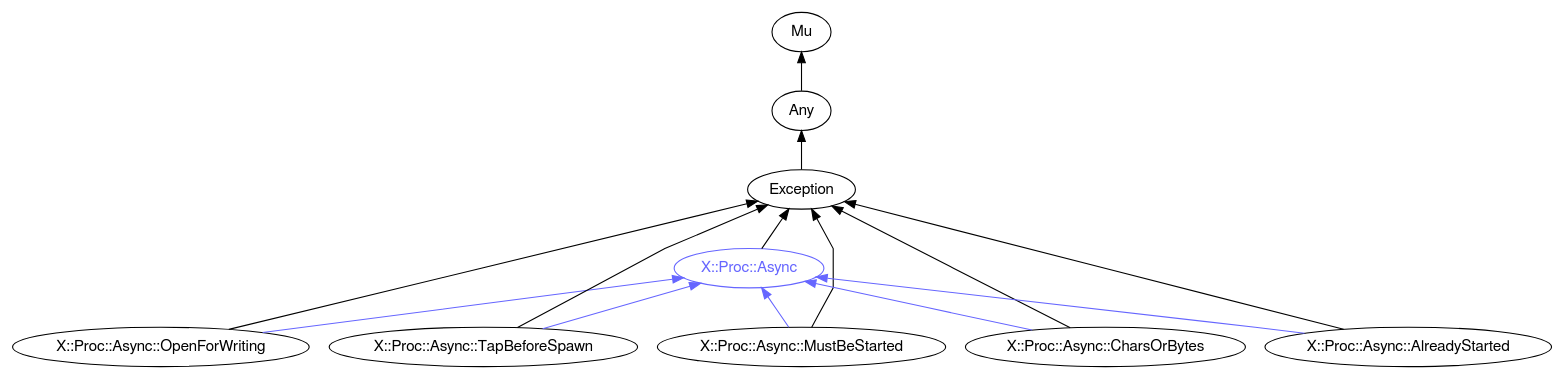
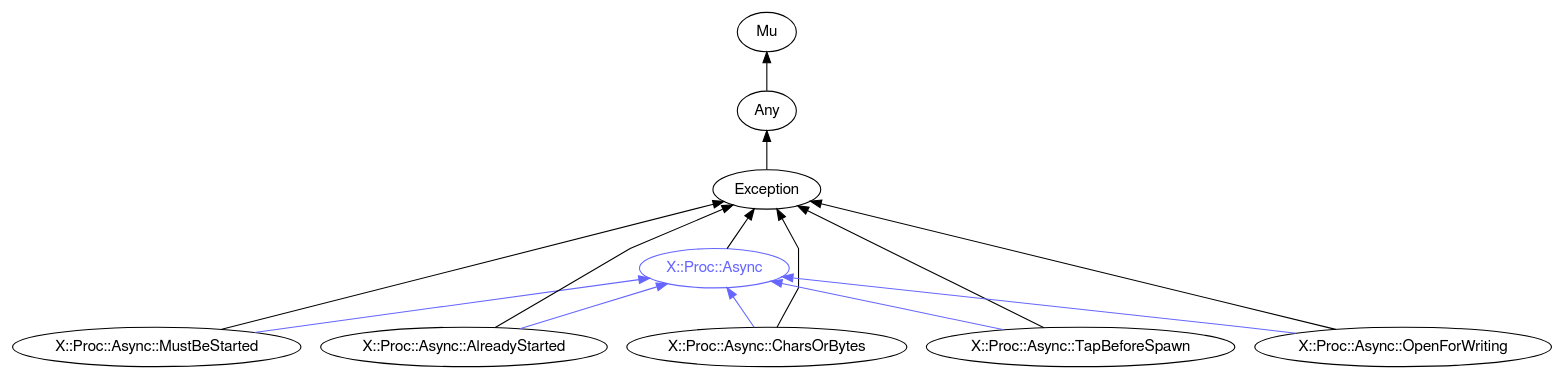
The diagram in images/type-graph-X::Proc::Async.svg.dot (perl6docs/perl6docs.github.io), drawn with Graphviz before and after one commit. The commit also changed other lines of this file and 4386 other files, not shown here.

Commit message:
Version with Failure graph

```diff
--- a/images/type-graph-X::Proc::Async.svg.dot
+++ b/images/type-graph-X::Proc::Async.svg.dot
@@ -1,32 +1,32 @@
 digraph "perl6-type-graph" {
     rankdir=BT;
     splines=polyline;
     overlap=false; 
     // Types
     "X::Proc::Async" [color="#6666FF", fontcolor="#6666FF", href="/type/X::Proc::Async", fontname="FreeSans"];
     "Mu" [color="#000000", fontcolor="#000000", href="/type/Mu", fontname="FreeSans"];
     "Any" [color="#000000", fontcolor="#000000", href="/type/Any", fontname="FreeSans"];
     "Exception" [color="#000000", fontcolor="#000000", href="/type/Exception", fontname="FreeSans"];
+    "X::Proc::Async::MustBeStarted" [color="#000000", fontcolor="#000000", href="/type/X::Proc::Async::MustBeStarted", fontname="FreeSans"];
+    "X::Proc::Async::AlreadyStarted" [color="#000000", fontcolor="#000000", href="/type/X::Proc::Async::AlreadyStarted", fontname="FreeSans"];
+    "X::Proc::Async::CharsOrBytes" [color="#000000", fontcolor="#000000", href="/type/X::Proc::Async::CharsOrBytes", fontname="FreeSans"];
+    "X::Proc::Async::TapBeforeSpawn" [color="#000000", fontcolor="#000000", href="/type/X::Proc::Async::TapBeforeSpawn", fontname="FreeSans"];
     "X::Proc::Async::OpenForWriting" [color="#000000", fontcolor="#000000", href="/type/X::Proc::Async::OpenForWriting", fontname="FreeSans"];
-    "X::Proc::Async::TapBeforeSpawn" [color="#000000", fontcolor="#000000", href="/type/X::Proc::Async::TapBeforeSpawn", fontname="FreeSans"];
-    "X::Proc::Async::MustBeStarted" [color="#000000", fontcolor="#000000", href="/type/X::Proc::Async::MustBeStarted", fontname="FreeSans"];
-    "X::Proc::Async::CharsOrBytes" [color="#000000", fontcolor="#000000", href="/type/X::Proc::Async::CharsOrBytes", fontname="FreeSans"];
-    "X::Proc::Async::AlreadyStarted" [color="#000000", fontcolor="#000000", href="/type/X::Proc::Async::AlreadyStarted", fontname="FreeSans"];
 
     // Superclasses
     "X::Proc::Async" -> "Exception" [color="#000000"];
     "Any" -> "Mu" [color="#000000"];
     "Exception" -> "Any" [color="#000000"];
+    "X::Proc::Async::MustBeStarted" -> "Exception" [color="#000000"];
+    "X::Proc::Async::AlreadyStarted" -> "Exception" [color="#000000"];
+    "X::Proc::Async::CharsOrBytes" -> "Exception" [color="#000000"];
+    "X::Proc::Async::TapBeforeSpawn" -> "Exception" [color="#000000"];
     "X::Proc::Async::OpenForWriting" -> "Exception" [color="#000000"];
-    "X::Proc::Async::TapBeforeSpawn" -> "Exception" [color="#000000"];
-    "X::Proc::Async::MustBeStarted" -> "Exception" [color="#000000"];
-    "X::Proc::Async::CharsOrBytes" -> "Exception" [color="#000000"];
-    "X::Proc::Async::AlreadyStarted" -> "Exception" [color="#000000"];
 
     // Roles
+    "X::Proc::Async::MustBeStarted" -> "X::Proc::Async" [color="#6666FF"];
+    "X::Proc::Async::AlreadyStarted" -> "X::Proc::Async" [color="#6666FF"];
+    "X::Proc::Async::CharsOrBytes" -> "X::Proc::Async" [color="#6666FF"];
+    "X::Proc::Async::TapBeforeSpawn" -> "X::Proc::Async" [color="#6666FF"];
     "X::Proc::Async::OpenForWriting" -> "X::Proc::Async" [color="#6666FF"];
-    "X::Proc::Async::TapBeforeSpawn" -> "X::Proc::Async" [color="#6666FF"];
-    "X::Proc::Async::MustBeStarted" -> "X::Proc::Async" [color="#6666FF"];
-    "X::Proc::Async::CharsOrBytes" -> "X::Proc::Async" [color="#6666FF"];
-    "X::Proc::Async::AlreadyStarted" -> "X::Proc::Async" [color="#6666FF"];
 }
```
